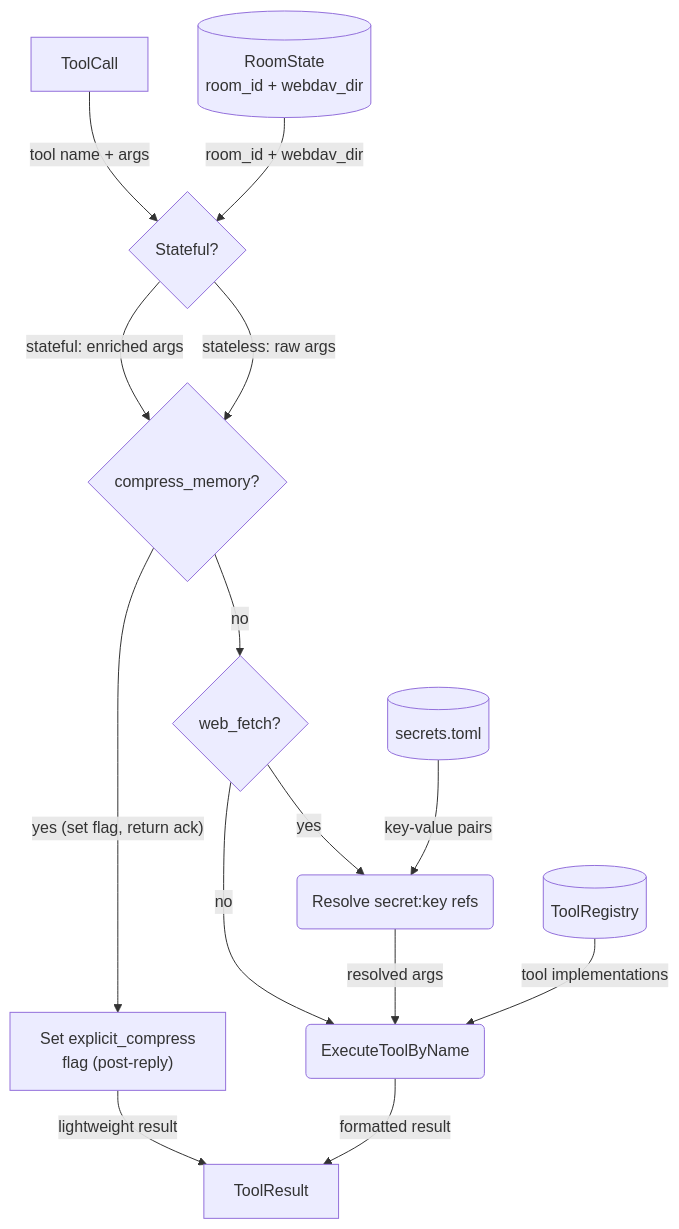
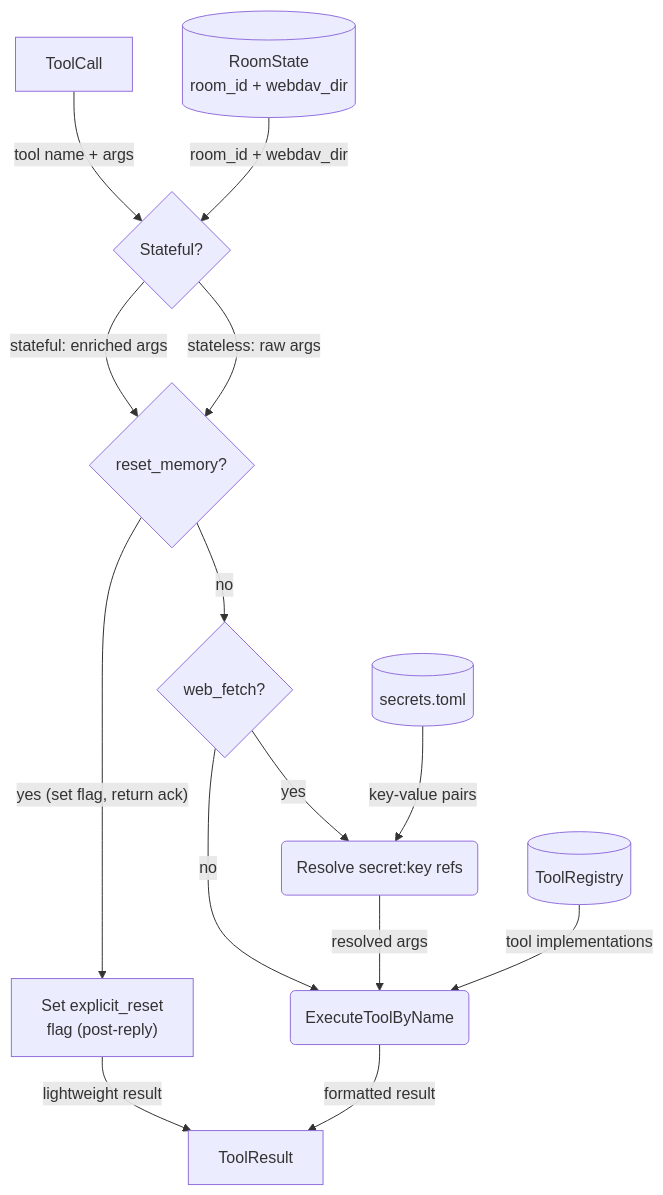
Before and after one commit to cosmoswafer/rockbot: the fourth of 10 diagrams in _dfd/agent/agent-harness.md, drawn with Mermaid. The commit also changed other lines of this file and 19 other files, not shown here.

First line of the commit message:
refactor(memory): replace LLM compression with hard reset (closes #56)

````diff
--- a/_dfd/agent/agent-harness.md
+++ b/_dfd/agent/agent-harness.md
@@ -164,28 +159,28 @@
 ```mermaid
 flowchart TD
     CALL[ToolCall]
     INJECT{Stateful?}
     ROOM_CTX[(RoomState<br/>room_id + webdav_dir)]
     REG[(ToolRegistry)]
-    COMPRESS{compress_memory?}
-    SET_FLAG["Set explicit_compress<br/>flag (post-reply)"]
+    RESET{reset_memory?}
+    SET_FLAG["Set explicit_reset<br/>flag (post-reply)"]
     SECRETS{web_fetch?}
     SECRET_MAP[(secrets.toml)]
     INJECT_SECRETS(Resolve secret:key refs)
     EXEC(ExecuteToolByName)
     RESULT[ToolResult]
 
     CALL -->|"tool name + args"| INJECT
     ROOM_CTX -->|"room_id + webdav_dir"| INJECT
-    INJECT -->|"stateful: enriched args"| COMPRESS
-    INJECT -->|"stateless: raw args"| COMPRESS
-    COMPRESS -->|"yes (set flag, return ack)"| SET_FLAG
-    COMPRESS -->|"no"| SECRETS
+    INJECT -->|"stateful: enriched args"| RESET
+    INJECT -->|"stateless: raw args"| RESET
+    RESET -->|"yes (set flag, return ack)"| SET_FLAG
+    RESET -->|"no"| SECRETS
     SECRETS -->|"yes"| INJECT_SECRETS
     SECRETS -->|"no"| EXEC
     SECRET_MAP -->|"key-value pairs"| INJECT_SECRETS
     INJECT_SECRETS -->|"resolved args"| EXEC
     REG -->|"tool implementations"| EXEC
     SET_FLAG -->|"lightweight result"| RESULT
     EXEC -->|"formatted result"| RESULT
 ```
````
